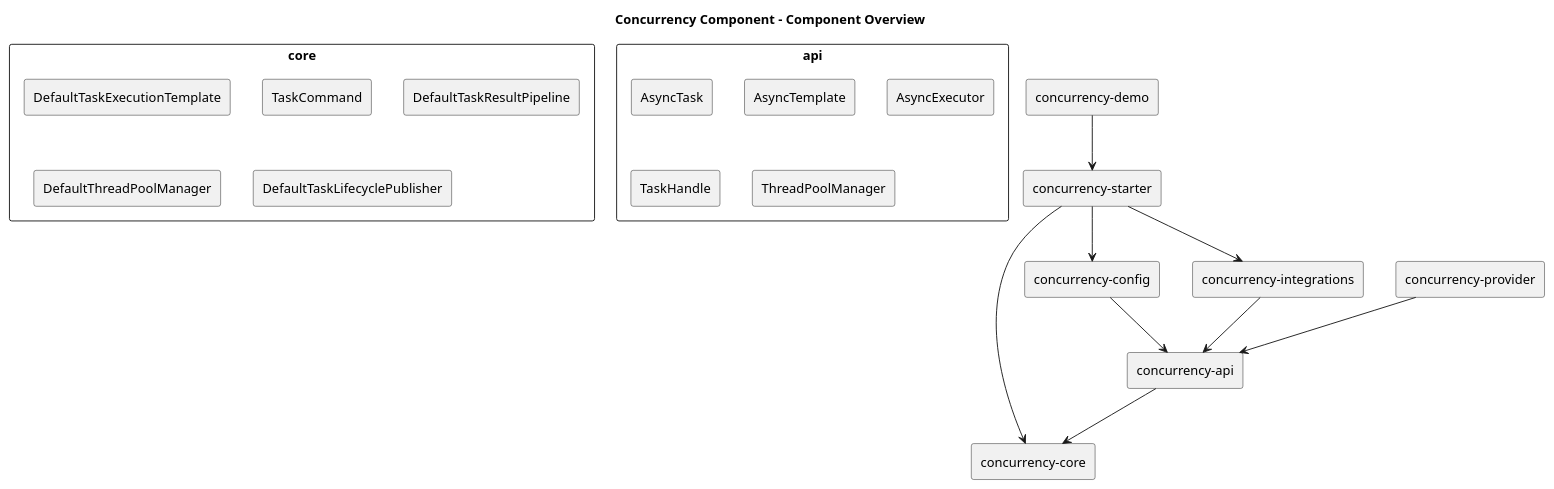
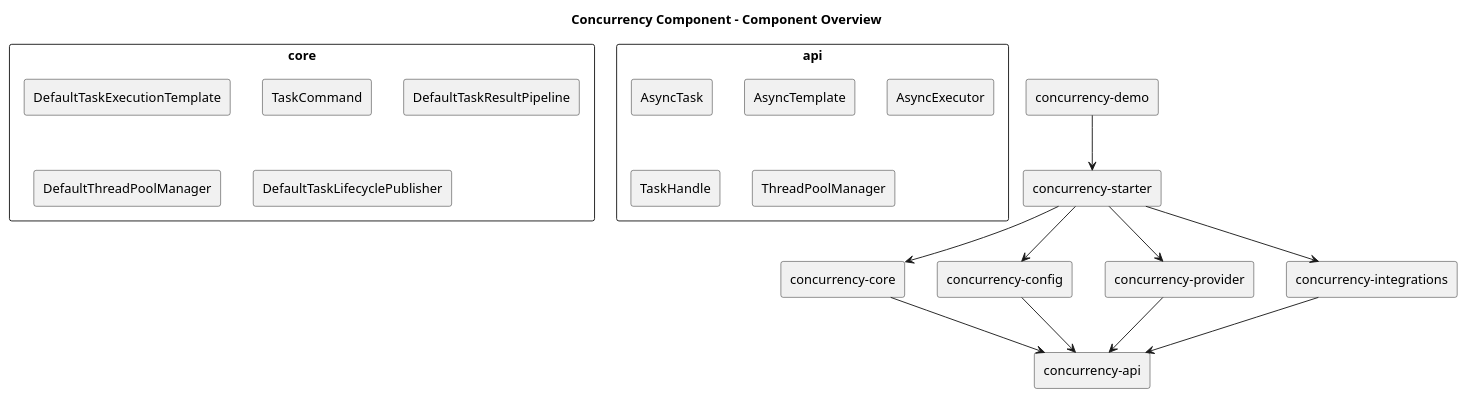
One commit to pbxjtumse/iron-components-java changed the diagram in component/concurrency-component/docs/diagrams/component/00-component-overview.puml. Above: the diagram before and after it, drawn with PlantUML. The commit also changed 7 other files, not shown here.

```diff
--- a/component/concurrency-component/docs/diagrams/component/00-component-overview.puml
+++ b/component/concurrency-component/docs/diagrams/component/00-component-overview.puml
@@ -1,26 +1,27 @@
 @startuml
 title Concurrency Component - Component Overview
 skinparam componentStyle rectangle
-[concurrency-api] --> [concurrency-core]
+[concurrency-core] --> [concurrency-api]
 [concurrency-config] --> [concurrency-api]
 [concurrency-provider] --> [concurrency-api]
 [concurrency-integrations] --> [concurrency-api]
 [concurrency-starter] --> [concurrency-core]
 [concurrency-starter] --> [concurrency-config]
+[concurrency-starter] --> [concurrency-provider]
 [concurrency-starter] --> [concurrency-integrations]
 [concurrency-demo] --> [concurrency-starter]
 rectangle "core" {
  [DefaultTaskExecutionTemplate]
  [TaskCommand]
  [DefaultTaskResultPipeline]
  [DefaultThreadPoolManager]
  [DefaultTaskLifecyclePublisher]
 }
 rectangle "api" {
  [AsyncTask]
  [AsyncTemplate]
  [AsyncExecutor]
  [TaskHandle]
  [ThreadPoolManager]
 }
 @enduml
```
